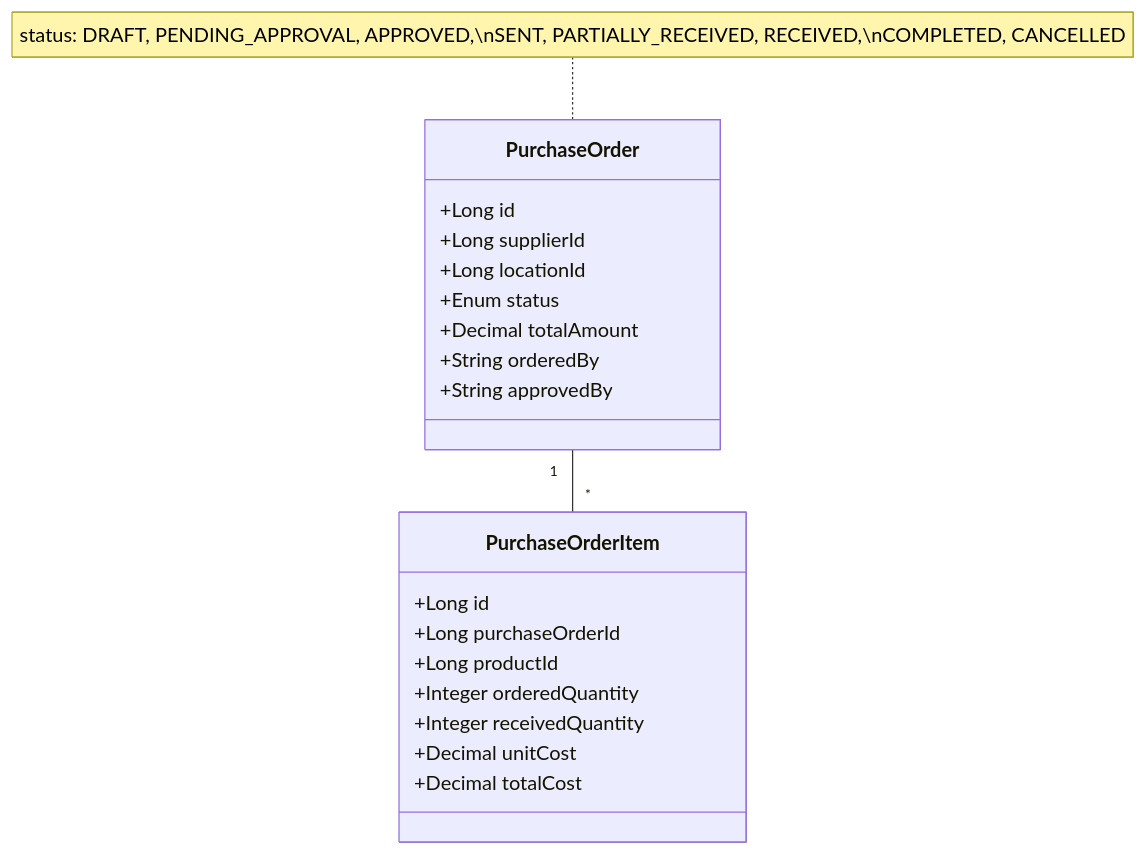
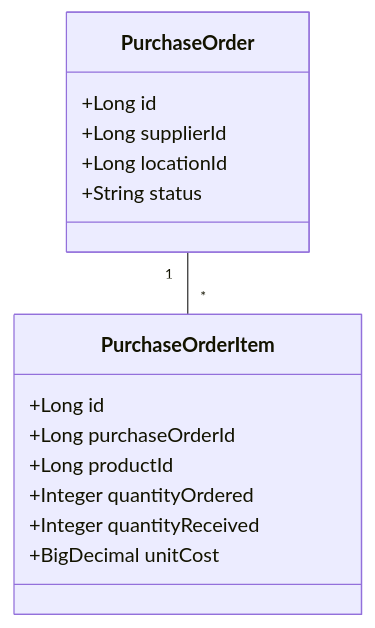
The sixth of 9 diagrams in docs/class-diagram.md (kirtika-0102/StockSmart), drawn with Mermaid before and after one commit. The commit also changed other lines of this file and 74 other files, not shown here.

Commit message:
architecture of application

````diff
--- a/docs/class-diagram.md
+++ b/docs/class-diagram.md
@@ -204,26 +134,18 @@
 ```mermaid
 classDiagram
     class PurchaseOrder {
         +Long id
         +Long supplierId
         +Long locationId
-        +Enum status
-        +Decimal totalAmount
-        +String orderedBy
-        +String approvedBy
+        +String status
     }
-    
-    note for PurchaseOrder "status: DRAFT, PENDING_APPROVAL, APPROVED,\nSENT, PARTIALLY_RECEIVED, RECEIVED,\nCOMPLETED, CANCELLED"
-
     class PurchaseOrderItem {
         +Long id
         +Long purchaseOrderId
         +Long productId
-        +Integer orderedQuantity
-        +Integer receivedQuantity
-        +Decimal unitCost
-        +Decimal totalCost
+        +Integer quantityOrdered
+        +Integer quantityReceived
+        +BigDecimal unitCost
     }
-
     PurchaseOrder "1" -- "*" PurchaseOrderItem
 ```
````
